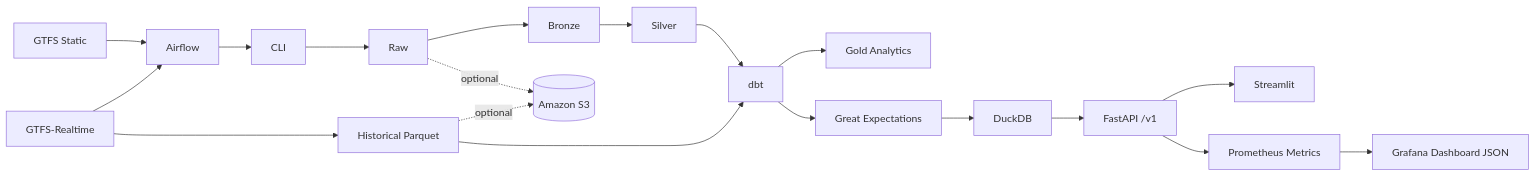
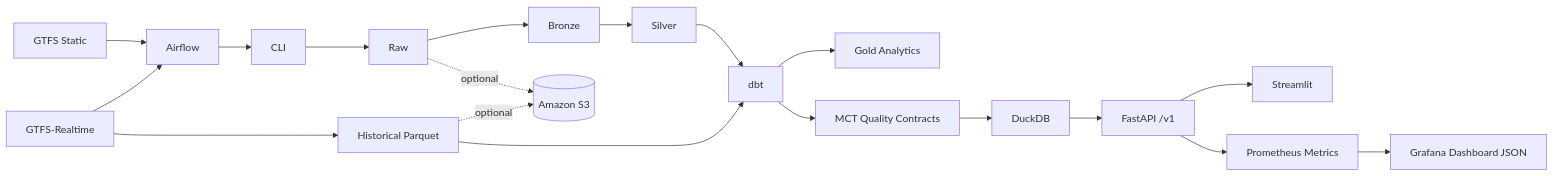
One commit to KYoussefAI/Mobility_Control_Tower changed the diagram in docs/architecture/portfolio_architecture.md. Above: the diagram before and after it, drawn with Mermaid. The commit also changed other lines of this file and 206 other files, not shown here.

````diff
--- a/docs/architecture/portfolio_architecture.md
+++ b/docs/architecture/portfolio_architecture.md
@@ -3,21 +3,21 @@
 ```mermaid
 flowchart LR
     GTFS[GTFS Static] --> AIR[Airflow]
     GRT[GTFS-Realtime] --> AIR
     AIR --> CLI[CLI]
     CLI --> RAW[Raw]
     RAW --> BRONZE[Bronze]
     BRONZE --> SILVER[Silver]
     SILVER --> DBT[dbt]
     DBT --> GOLD[Gold Analytics]
     GRT --> PARQUET[Historical Parquet]
     PARQUET --> DBT
-    DBT --> GE[Great Expectations]
-    GE --> DUCK[DuckDB]
+    DBT --> QC[MCT Quality Contracts]
+    QC --> DUCK[DuckDB]
     DUCK --> API[FastAPI /v1]
     API --> DASH[Streamlit]
     API --> PROM[Prometheus Metrics]
     PROM --> GRAF[Grafana Dashboard JSON]
     RAW -. optional .-> S3[(Amazon S3)]
     PARQUET -. optional .-> S3
 ```
````
